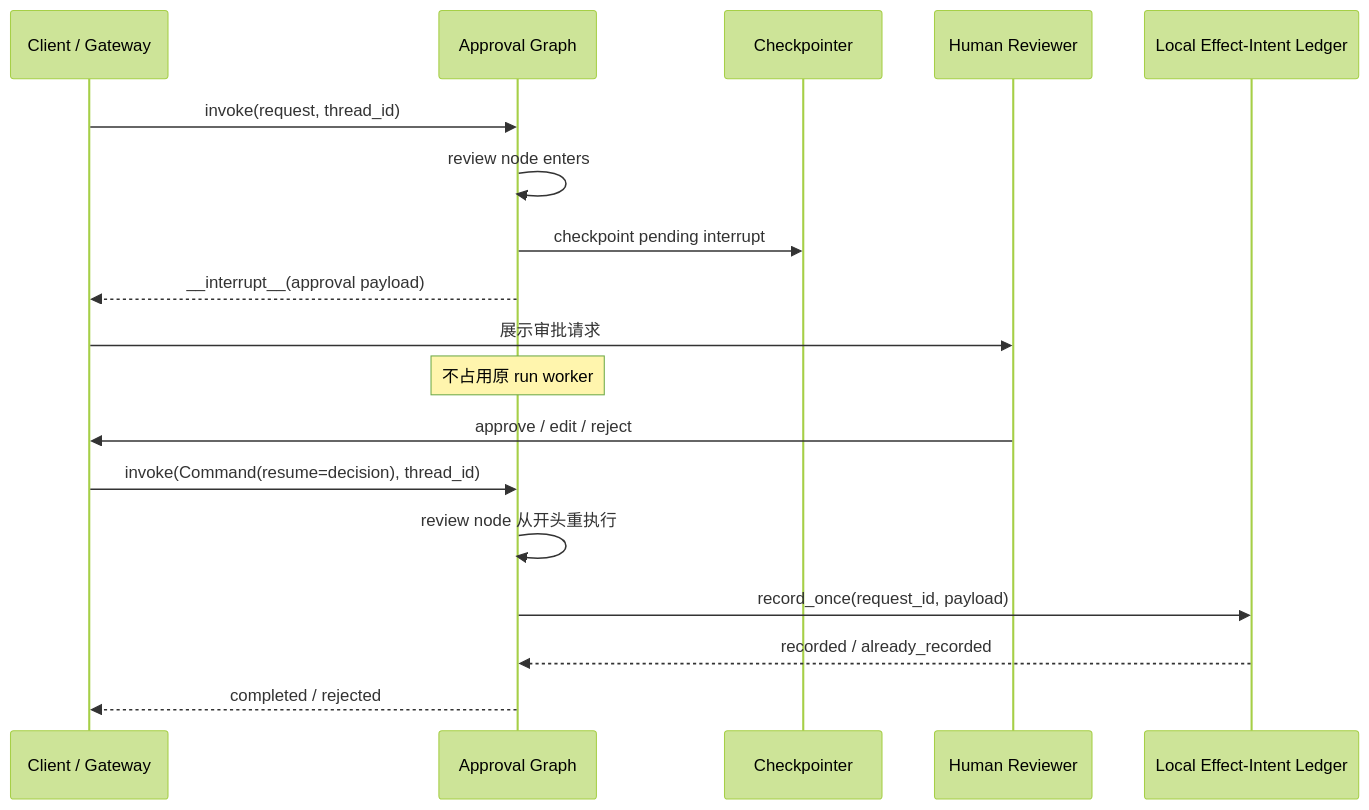
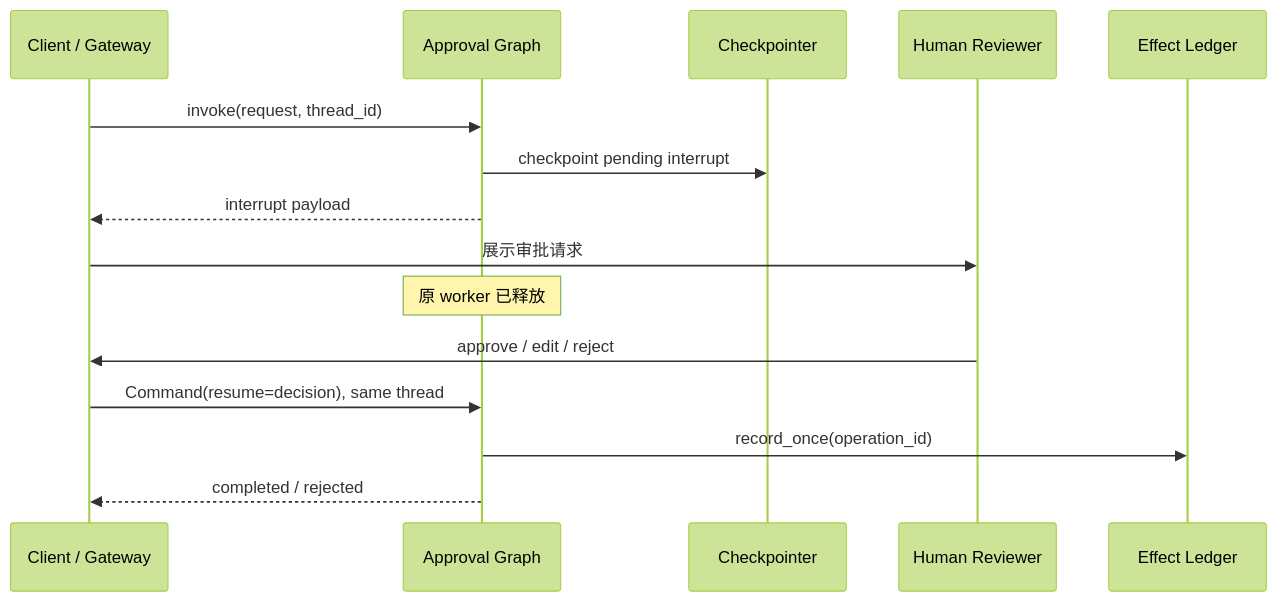
Before and after one commit to Chengyunlai/langchain-logbook: the diagram in docs-site/src/data/blog/10_Human_In_The_Loop.md, drawn with Mermaid (forest theme). The commit also changed other lines of this file and 5 other files, not shown here.

````diff
--- a/docs-site/src/data/blog/10_Human_In_The_Loop.md
+++ b/docs-site/src/data/blog/10_Human_In_The_Loop.md
@@ -27,21 +27,18 @@
 ```mermaid
 sequenceDiagram
     participant C as Client / Gateway
     participant G as Approval Graph
     participant CP as Checkpointer
     participant H as Human Reviewer
-    participant E as Local Effect-Intent Ledger
+    participant E as Effect Ledger
 
     C->>G: invoke(request, thread_id)
-    G->>G: review node enters
     G->>CP: checkpoint pending interrupt
-    G-->>C: __interrupt__(approval payload)
+    G-->>C: interrupt payload
     C->>H: 展示审批请求
-    Note over G: 不占用原 run worker
+    Note over G: 原 worker 已释放
     H->>C: approve / edit / reject
-    C->>G: invoke(Command(resume=decision), thread_id)
-    G->>G: review node 从开头重执行
-    G->>E: record_once(request_id, payload)
-    E-->>G: recorded / already_recorded
+    C->>G: Command(resume=decision), same thread
+    G->>E: record_once(operation_id)
     G-->>C: completed / rejected
 ```
````
